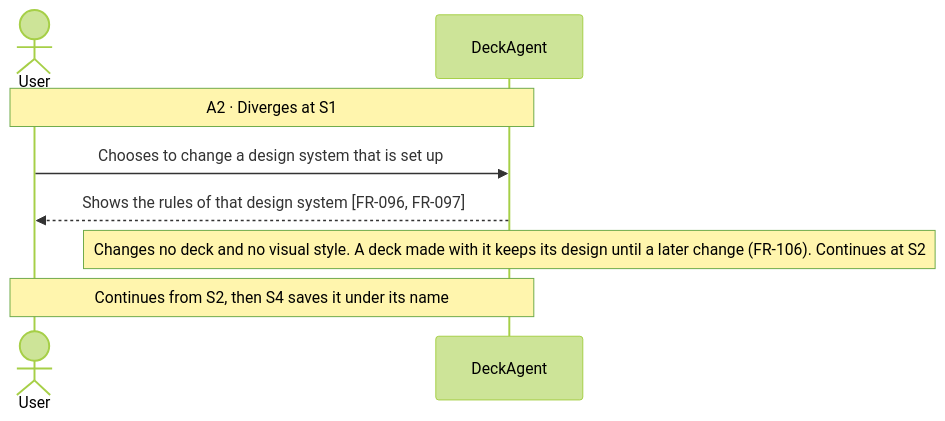
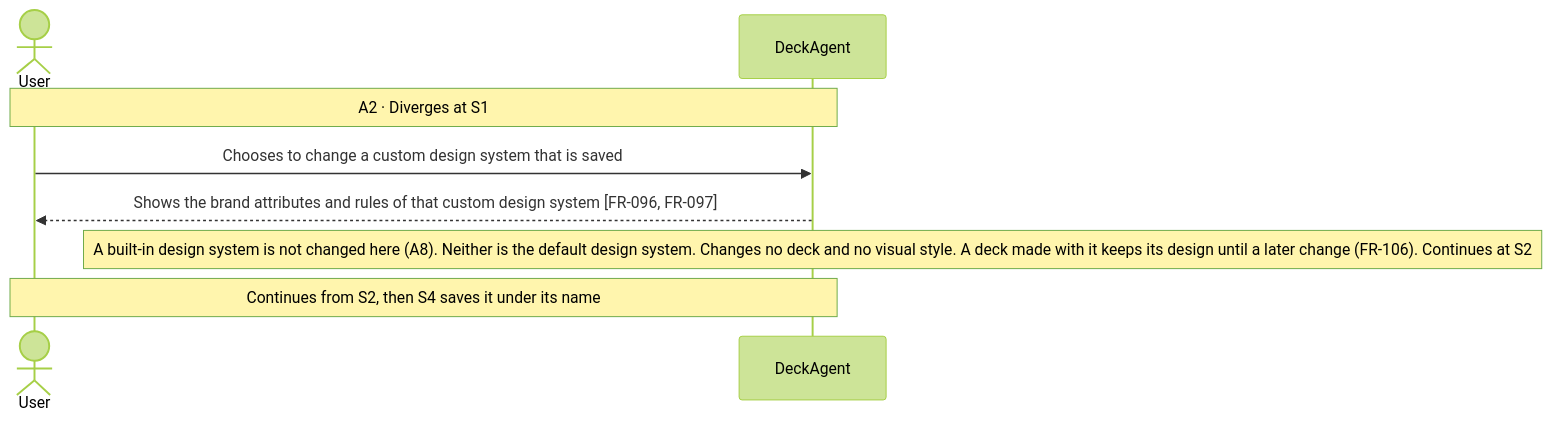
One commit to Luke23127006/DeckAgent changed the third of 9 diagrams in docs/spec/03-use-cases/UC-010.md. Above: the diagram before and after it, drawn with Mermaid (forest theme). The commit also changed other lines of this file and 7 other files, not shown here.

Commit message:
docs(spec): add built-in design system behavior

````diff
--- a/docs/spec/03-use-cases/UC-010.md
+++ b/docs/spec/03-use-cases/UC-010.md
@@ -76,10 +81,10 @@
 ```mermaid
 sequenceDiagram
     actor User
     participant DeckAgent
     Note over User,DeckAgent: A2 · Diverges at S1
-    User->>DeckAgent: Chooses to change a design system that is set up
-    DeckAgent-->>User: Shows the rules of that design system [FR-096, FR-097]
-    note over DeckAgent: Changes no deck and no visual style. A deck made with it keeps its design until a later change (FR-106). Continues at S2
+    User->>DeckAgent: Chooses to change a custom design system that is saved
+    DeckAgent-->>User: Shows the brand attributes and rules of that custom design system [FR-096, FR-097]
+    note over DeckAgent: A built-in design system is not changed here (A8). Neither is the default design system. Changes no deck and no visual style. A deck made with it keeps its design until a later change (FR-106). Continues at S2
     Note over User,DeckAgent: Continues from S2, then S4 saves it under its name
 ```
````
